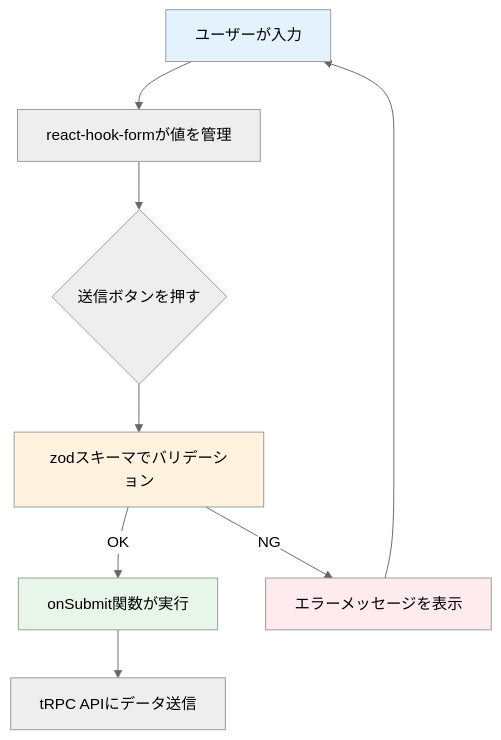
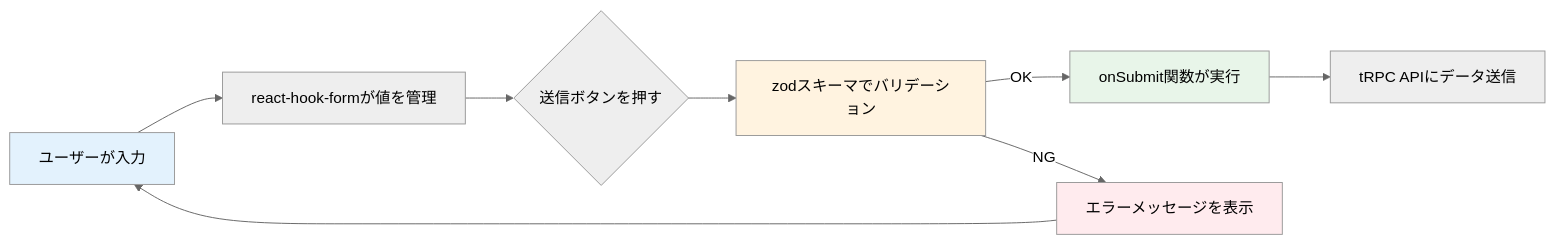
The first of 3 diagrams in material/30days-curriculum/day05_ログイン画面のUI.md (kouiso/task-app), drawn with Mermaid (neutral theme) before and after one commit. The commit also changed other lines of this file and 250 other files, not shown here.

````diff
--- a/material/30days-curriculum/day05_ログイン画面のUI.md
+++ b/material/30days-curriculum/day05_ログイン画面のUI.md
@@ -34,15 +34,15 @@
 ```mermaid
-flowchart TD
+flowchart LR
     A[ユーザーが入力] --> B[react-hook-formが値を管理]
     B --> C{送信ボタンを押す}
     C --> D[zodスキーマでバリデーション]
     D -->|OK| E[onSubmit関数が実行]
     D -->|NG| F[エラーメッセージを表示]
     F --> A
     E --> G[tRPC APIにデータ送信]
 
     style A fill:#e3f2fd
     style D fill:#fff3e0
     style E fill:#e8f5e9
     style F fill:#ffebee
 ```
````
